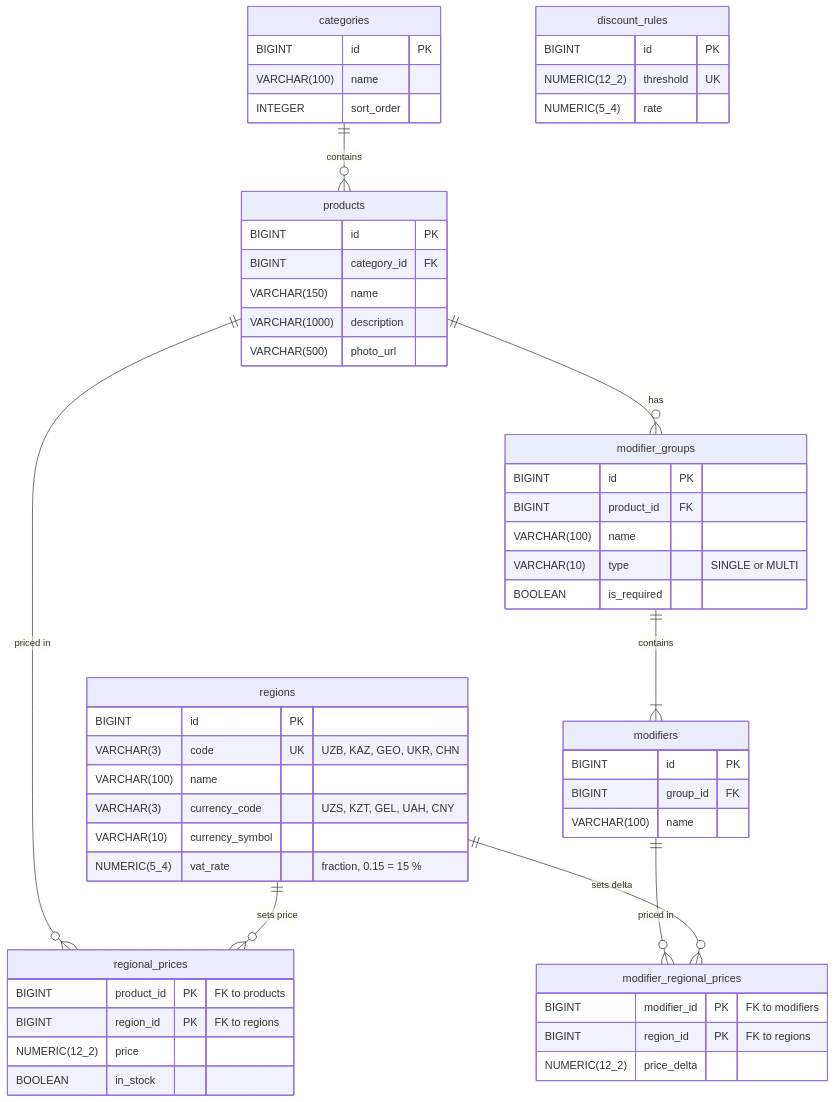
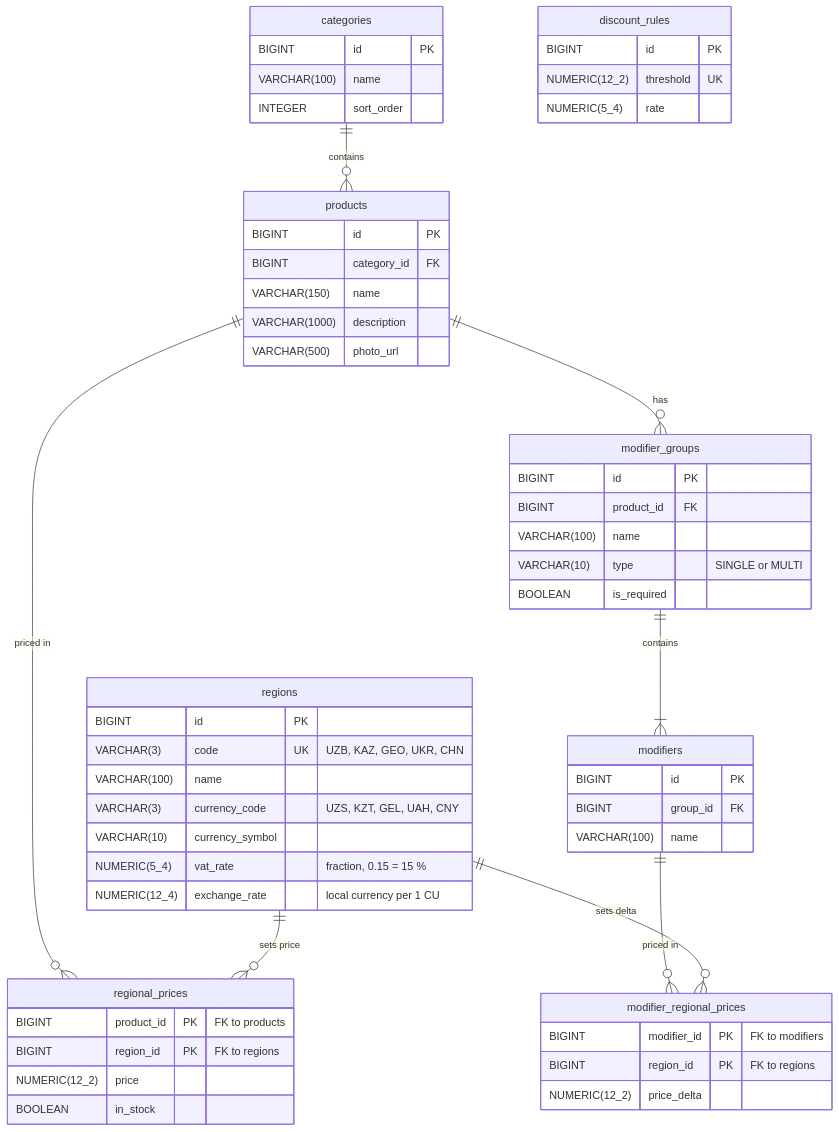
One commit to Milanaaa33/cherrycake-deploy changed the diagram in cherrycake-backend/docs/er-diagram.md. Above: the diagram before and after it, drawn with Mermaid. The commit also changed other lines of this file and 2 other files, not shown here.

Commit message:
CC-5 add exchange_rate to regions

````diff
--- a/cherrycake-backend/docs/er-diagram.md
+++ b/cherrycake-backend/docs/er-diagram.md
@@ -5,59 +5,60 @@
 ```mermaid
 erDiagram
     regions {
         BIGINT id PK
         VARCHAR(3) code UK "UZB, KAZ, GEO, UKR, CHN"
         VARCHAR(100) name
         VARCHAR(3) currency_code "UZS, KZT, GEL, UAH, CNY"
         VARCHAR(10) currency_symbol
         NUMERIC(5_4) vat_rate "fraction, 0.15 = 15 %"
+        NUMERIC(12_4) exchange_rate "local currency per 1 CU"
     }
     categories {
         BIGINT id PK
         VARCHAR(100) name
         INTEGER sort_order
     }
     products {
         BIGINT id PK
         BIGINT category_id FK
         VARCHAR(150) name
         VARCHAR(1000) description
         VARCHAR(500) photo_url
     }
     regional_prices {
         BIGINT product_id PK "FK to products"
         BIGINT region_id PK "FK to regions"
         NUMERIC(12_2) price
         BOOLEAN in_stock
     }
     modifier_groups {
         BIGINT id PK
         BIGINT product_id FK
         VARCHAR(100) name
         VARCHAR(10) type "SINGLE or MULTI"
         BOOLEAN is_required
     }
     modifiers {
         BIGINT id PK
         BIGINT group_id FK
         VARCHAR(100) name
     }
     modifier_regional_prices {
         BIGINT modifier_id PK "FK to modifiers"
         BIGINT region_id PK "FK to regions"
         NUMERIC(12_2) price_delta
     }
     discount_rules {
         BIGINT id PK
         NUMERIC(12_2) threshold UK
         NUMERIC(5_4) rate
     }
 
     categories ||--o{ products : contains
     products ||--o{ regional_prices : "priced in"
     regions ||--o{ regional_prices : "sets price"
     products ||--o{ modifier_groups : has
     modifier_groups ||--|{ modifiers : contains
     modifiers ||--o{ modifier_regional_prices : "priced in"
     regions ||--o{ modifier_regional_prices : "sets delta"
 ```
````
